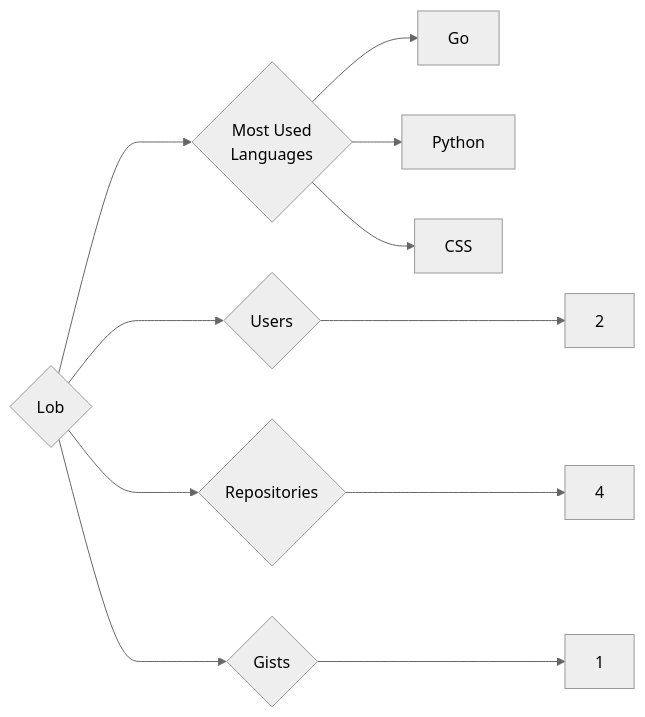
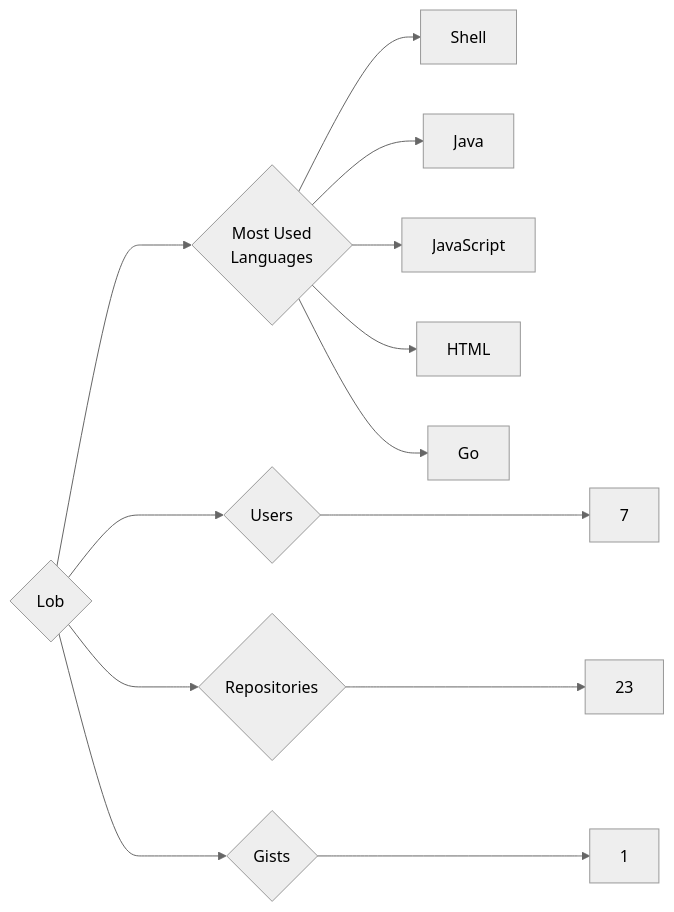
One commit to trickest/insiders changed the diagram in targets/Lob/README.md. Above: the diagram before and after it, drawn with Mermaid (neutral theme). The commit also changed 569 other files, not shown here.

````diff
--- a/targets/Lob/README.md
+++ b/targets/Lob/README.md
@@ -3,11 +3,13 @@
 ```mermaid
 graph LR
 COMPANY_NAME{Lob}
-COMPANY_NAME ---> U{Users} ---> UN[2]
-COMPANY_NAME ---> R{Repositories} ---> RN[4]
+COMPANY_NAME ---> U{Users} ---> UN[7]
+COMPANY_NAME ---> R{Repositories} ---> RN[23]
 COMPANY_NAME ---> G{Gists} ---> GN[1]
 COMPANY_NAME ---> ML{Most Used<br>Languages}
+ML --> Shell[Shell]
+ML --> Java[Java]
+ML --> JavaScript[JavaScript]
+ML --> HTML[HTML]
 ML --> Go[Go]
-ML --> Python[Python]
-ML --> CSS[CSS]
 ```
````
